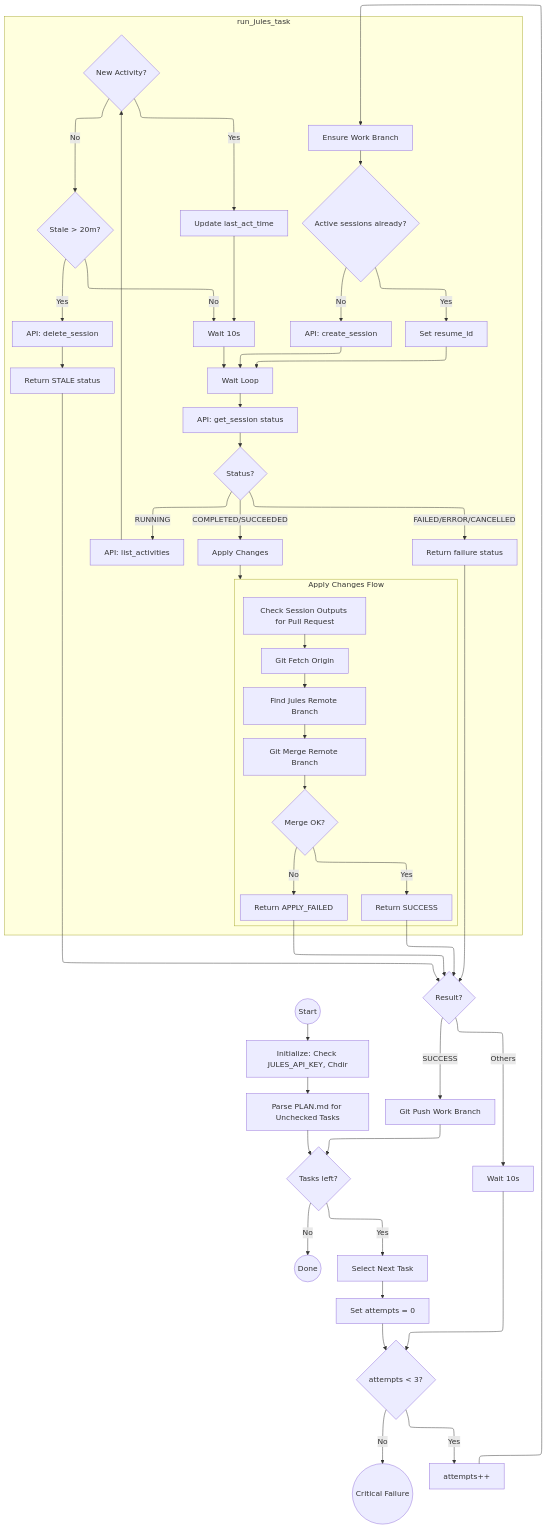
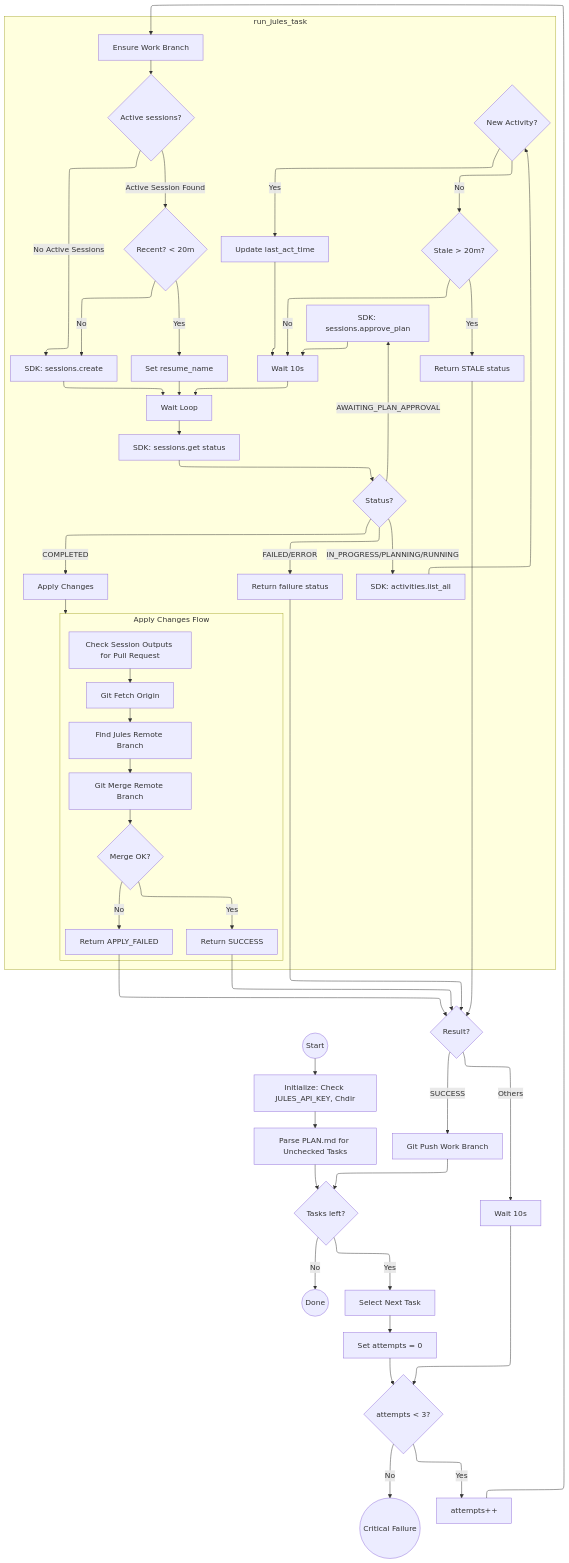
Before and after one commit to JonathanHarford/verne_durand: the diagram in ralph-wiggum-jules.md, drawn with Mermaid. The commit also changed other lines of this file and 1 other file, not shown here.

Commit message:
refactor(harness): switch to jules-agent-sdk and implement stale detection

````diff
--- a/ralph-wiggum-jules.md
+++ b/ralph-wiggum-jules.md
@@ -1,70 +1,77 @@
 ```mermaid
 ---
 config:
   layout: elk
 ---
 flowchart TD
     Start((Start)) --> Init[Initialize: Check JULES_API_KEY, Chdir]
     Init --> ParsePlan[Parse PLAN.md for Unchecked Tasks]
     ParsePlan --> HasTasks{Tasks left?}
     
     HasTasks -- No --> Done((Done))
     
     HasTasks -- Yes --> GetNextTask[Select Next Task]
     GetNextTask --> InitRetry[Set attempts = 0]
     InitRetry --> RetryLoop{attempts < 3?}
     
     RetryLoop -- No --> CritFail((Critical Failure))
     
     RetryLoop -- Yes --> IncAttempts[attempts++]
     
     subgraph Execution [run_jules_task]
         direction TB
-        Entry[Ensure Work Branch] --> CheckExisting{Active sessions already?}
+        Entry[Ensure Work Branch] --> CheckExisting{Active sessions?}
         
-        CheckExisting -- Yes --> UseExisting[Set resume_id]
-        CheckExisting -- No --> StartNew[API: create_session]
+        CheckExisting -- Active Session Found --> IsRecent{Recent? < 20m}
+        IsRecent -- Yes --> UseExisting[Set resume_name]
+        IsRecent -- No --> StartNew
+        
+        CheckExisting -- No Active Sessions --> StartNew[SDK: sessions.create]
         
         UseExisting --> WaitLoop
         StartNew --> WaitLoop[Wait Loop]
         
-        WaitLoop --> Poll[API: get_session status]
+        WaitLoop --> Poll[SDK: sessions.get status]
         Poll --> Status{Status?}
-        Status -- RUNNING --> CheckActivities[API: list_activities]
+        
+        Status -- AWAITING_PLAN_APPROVAL --> Approve[SDK: sessions.approve_plan]
+        Approve --> WaitWait
+        
+        Status -- IN_PROGRESS/PLANNING/RUNNING --> CheckActivities[SDK: activities.list_all]
         CheckActivities --> HasNewActivity{New Activity?}
         HasNewActivity -- Yes --> ResetStale[Update last_act_time]
         ResetStale --> WaitWait[Wait 10s]
         WaitWait --> WaitLoop
+        
         HasNewActivity -- No --> IsStale{Stale > 20m?}
         IsStale -- No --> WaitWait
-        IsStale -- Yes --> CancelStale[API: delete_session]
-        CancelStale --> ReturnStale[Return STALE status]
+        IsStale -- Yes --> ReturnStale[Return STALE status]
         
-        Status -- FAILED/ERROR/CANCELLED --> ReturnFail[Return failure status]
-        Status -- COMPLETED/SUCCEEDED --> ApplyChanges[Apply Changes]
+        Status -- FAILED/ERROR --> ReturnFail[Return failure status]
+        Status -- COMPLETED --> ApplyChanges[Apply Changes]
         
         subgraph MergeWorkflow [Apply Changes Flow]
             direction TB
             CheckOutputs[Check Session Outputs for Pull Request] --> Fetch[Git Fetch Origin]
             Fetch --> FindBranch[Find Jules Remote Branch]
             FindBranch --> Merge[Git Merge Remote Branch]
             Merge --> MergeSuccess{Merge OK?}
             MergeSuccess -- Yes --> ReturnSuccess[Return SUCCESS]
             MergeSuccess -- No --> ReturnApplyFail[Return APPLY_FAILED]
         end
         ApplyChanges --> MergeWorkflow
     end
     
     IncAttempts --> Entry
     
     ReturnSuccess --> Result
     ReturnFail --> Result
     ReturnStale --> Result
     ReturnApplyFail --> Result
     
     Result{Result?} -- SUCCESS --> Push[Git Push Work Branch]
     Push --> HasTasks
     
     Result -- Others --> RetryWait[Wait 10s]
     RetryWait --> RetryLoop
 ```
````
